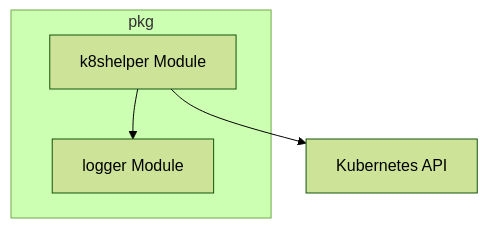
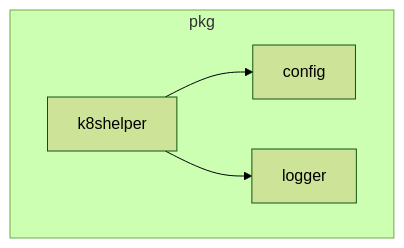
Before and after one commit to ShreyasPatel031/CodeWiki: the diagram in demo/repos/KubeElasti/k8shelper.md, drawn with Mermaid (forest theme). The commit also changed other lines of this file and 55 other files, not shown here.

````diff
--- a/demo/repos/KubeElasti/k8shelper.md
+++ b/demo/repos/KubeElasti/k8shelper.md
@@ -31,12 +30,15 @@
 ```mermaid
 graph TD
     subgraph pkg
-        k8shelper[k8shelper Module]
-        logger[logger Module]
+        k8shelper[k8shelper]
+        config[config]
+        logger[logger]
     end
 
-    k8shelper --> KubernetesAPI[Kubernetes API]
+    k8shelper --> config
     k8shelper --> logger
-    
+
+    click k8shelper "k8shelper.md" "View k8shelper Module"
+    click config "config.md" "View Config Module"
     click logger "logger.md" "View Logger Module"
 ```
````
